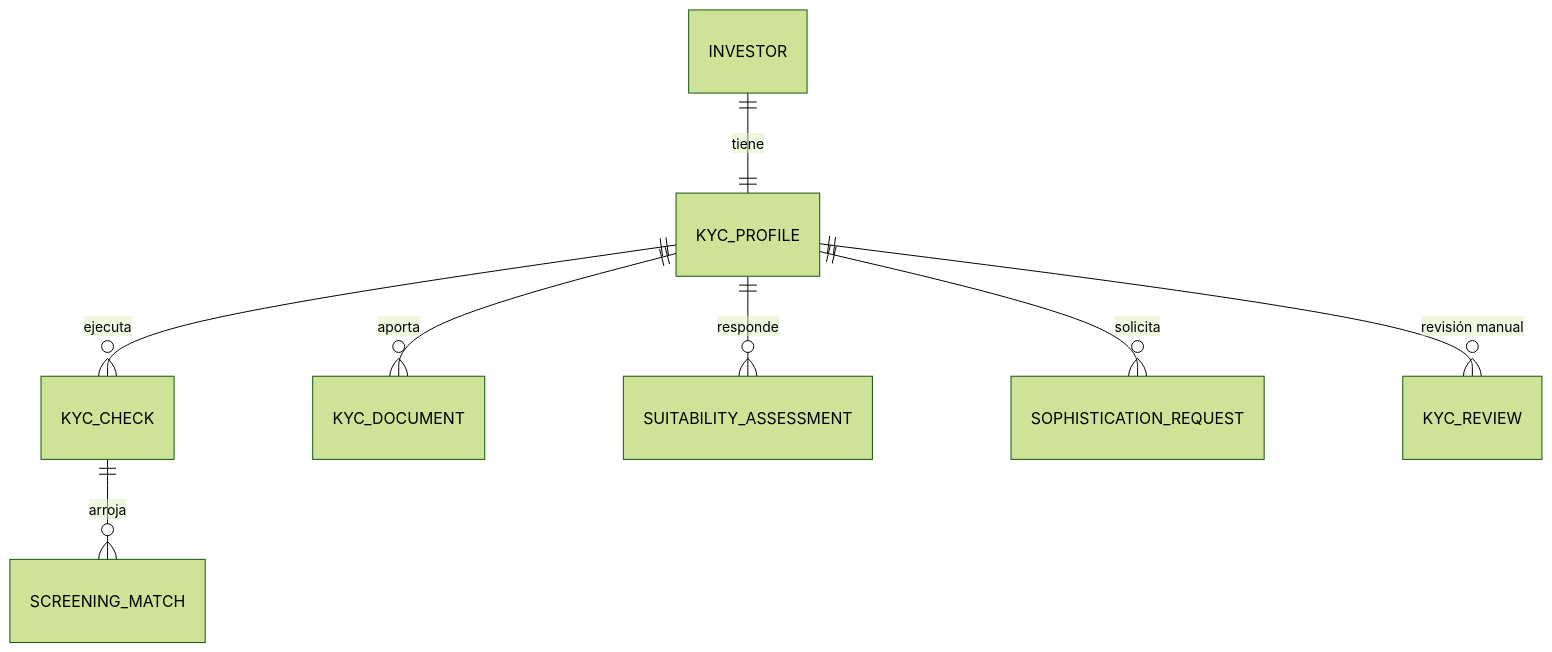
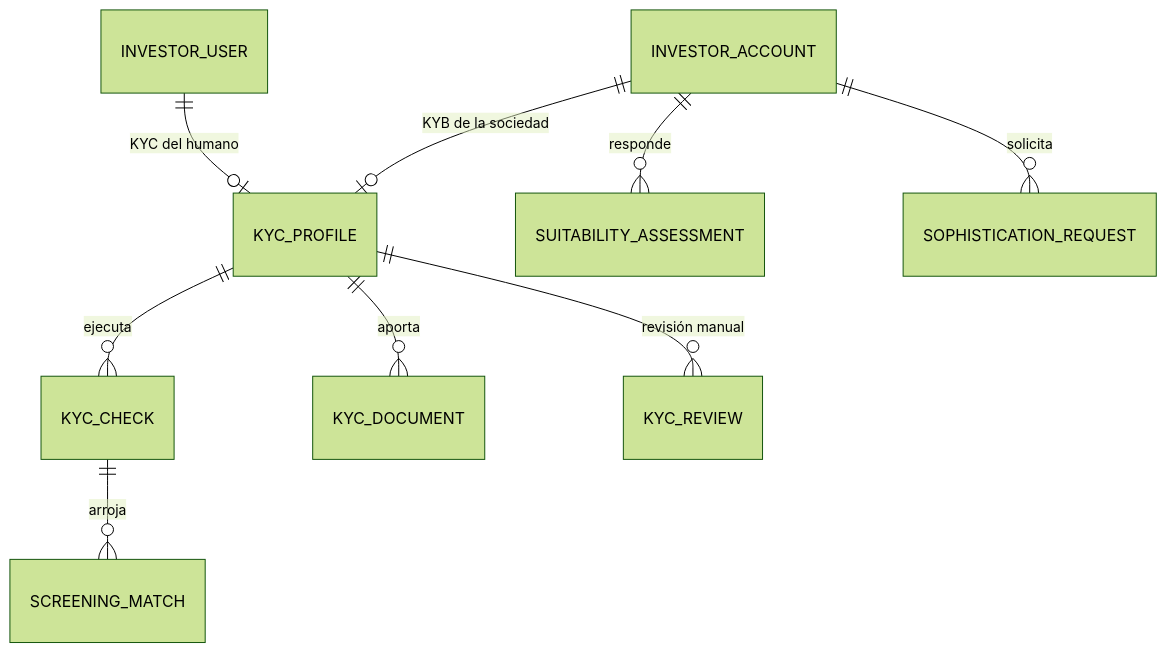
One commit to fjuarez-create/Your-virtual changed the second of 6 diagrams in docs/plataforma/01-modelo-de-datos-y-arquitectura.md. Above: the diagram before and after it, drawn with Mermaid (forest theme). The commit also changed other lines of this file and 13 other files, not shown here.

````diff
--- a/docs/plataforma/01-modelo-de-datos-y-arquitectura.md
+++ b/docs/plataforma/01-modelo-de-datos-y-arquitectura.md
@@ -172,10 +212,11 @@
 ```mermaid
 erDiagram
-    INVESTOR ||--|| KYC_PROFILE : tiene
+    INVESTOR_USER ||--o| KYC_PROFILE : "KYC del humano"
+    INVESTOR_ACCOUNT ||--o| KYC_PROFILE : "KYB de la sociedad"
     KYC_PROFILE ||--o{ KYC_CHECK : "ejecuta"
     KYC_PROFILE ||--o{ KYC_DOCUMENT : "aporta"
-    KYC_PROFILE ||--o{ SUITABILITY_ASSESSMENT : "responde"
-    KYC_PROFILE ||--o{ SOPHISTICATION_REQUEST : "solicita"
+    KYC_PROFILE ||--o{ KYC_REVIEW : "revisión manual"
     KYC_CHECK ||--o{ SCREENING_MATCH : "arroja"
-    KYC_PROFILE ||--o{ KYC_REVIEW : "revisión manual"
+    INVESTOR_ACCOUNT ||--o{ SUITABILITY_ASSESSMENT : "responde"
+    INVESTOR_ACCOUNT ||--o{ SOPHISTICATION_REQUEST : "solicita"
 ```
````
